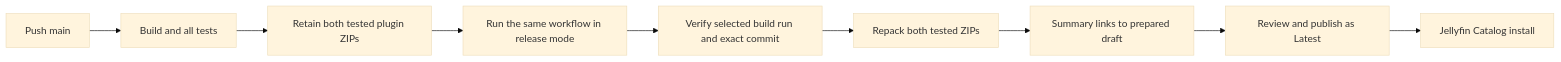
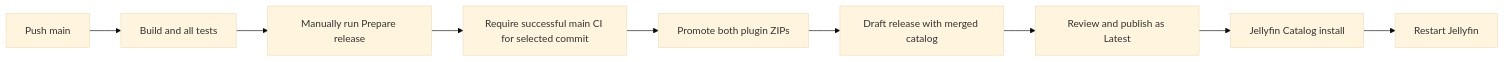
The diagram in doc/installation.md (Heehaaw/jellyfin-plugin-transmission-streaming), drawn with Mermaid (base theme) before and after one commit. The commit also changed other lines of this file and 6 other files, not shown here.

````diff
--- a/doc/installation.md
+++ b/doc/installation.md
@@ -50,11 +50,11 @@
 ```mermaid
 flowchart LR
     P[Push main] --> C[Build and all tests]
-    C --> A[Retain both tested plugin ZIPs]
-    A --> D[Run the same workflow in release mode]
-    D --> V[Verify selected build run and exact commit]
-    V --> Z[Repack both tested ZIPs]
-    Z --> R[Summary links to prepared draft]
+    C --> D[Manually run Prepare release]
+    D --> V[Require successful main CI for selected commit]
+    V --> Z[Promote both plugin ZIPs]
+    Z --> R[Draft release with merged catalog]
     R --> U[Review and publish as Latest]
     U --> J[Jellyfin Catalog install]
+    J --> S[Restart Jellyfin]
 ```
````
